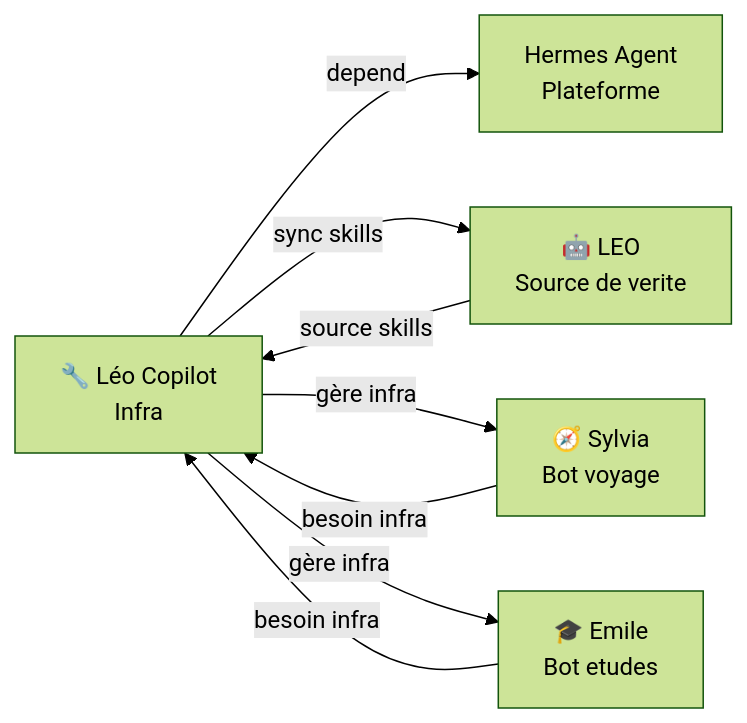
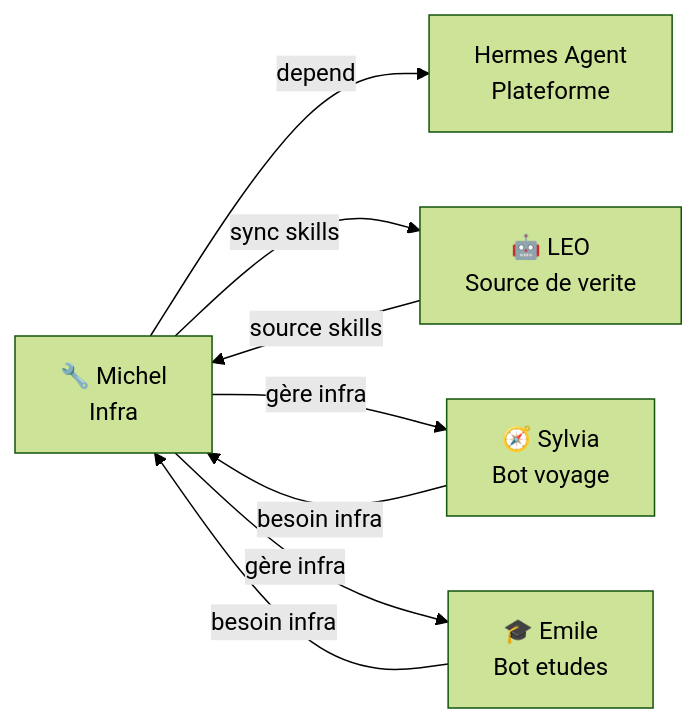
The sixth of 6 diagrams in docs/wiki/agent-pro/bureau-michel/archive/analyse-bot-leo-copilot.md (christophedanhier-hash/BAVI_LEO), drawn with Mermaid (forest theme) before and after one commit. The commit also changed other lines of this file and 18 other files, not shown here.

Commit message:
v1d: Nettoyage complet - remplacement Léo Copilot/Copilote → Michel dans tous les docs

````diff
--- a/docs/wiki/agent-pro/bureau-michel/archive/analyse-bot-leo-copilot.md
+++ b/docs/wiki/agent-pro/bureau-michel/archive/analyse-bot-leo-copilot.md
@@ -358,10 +358,10 @@
 ```mermaid
 flowchart LR
-    LC[🔧 Léo Copilot<br/>Infra] -->|depend| HERMES[Hermes Agent<br/>Plateforme]
+    LC[🔧 Michel<br/>Infra] -->|depend| HERMES[Hermes Agent<br/>Plateforme]
     LC -->|sync skills| L[🤖 LEO<br/>Source de verite]
     LC -->|gère infra| BV[🧭 Sylvia<br/>Bot voyage]
     LC -->|gère infra| BE[🎓 Emile<br/>Bot etudes]
     L -->|source skills| LC
     BV -->|besoin infra| LC
     BE -->|besoin infra| LC
 ```
````
